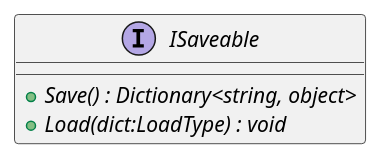
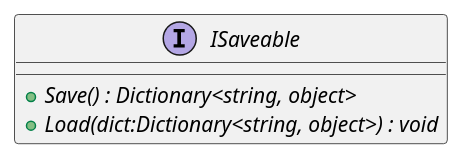
One commit to Leximon-SWE-2025/Leximon changed the diagram in PlantUML/scripts/ISaveable.puml. Above: the diagram before and after it, drawn with PlantUML. The commit also changed 2 other files, not shown here.

Commit message:
update type for ISaveable Load

```diff
--- a/PlantUML/scripts/ISaveable.puml
+++ b/PlantUML/scripts/ISaveable.puml
@@ -1,6 +1,6 @@
 @startuml ISaveable
 interface ISaveable {
     + {abstract} Save() : Dictionary<string, object>
-    + {abstract} Load(dict:LoadType) : void
+    + {abstract} Load(dict:Dictionary<string, object>) : void
 }
 @enduml
```
